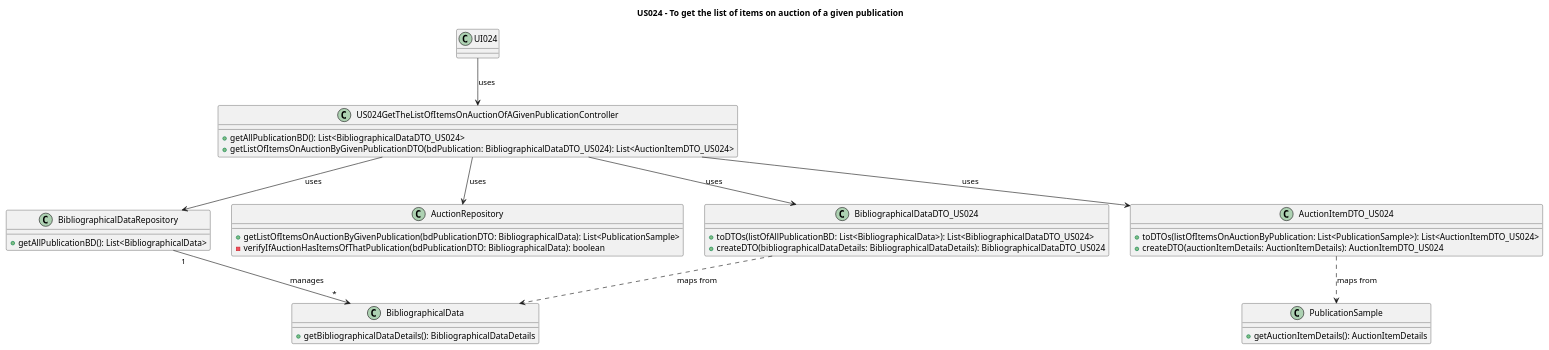
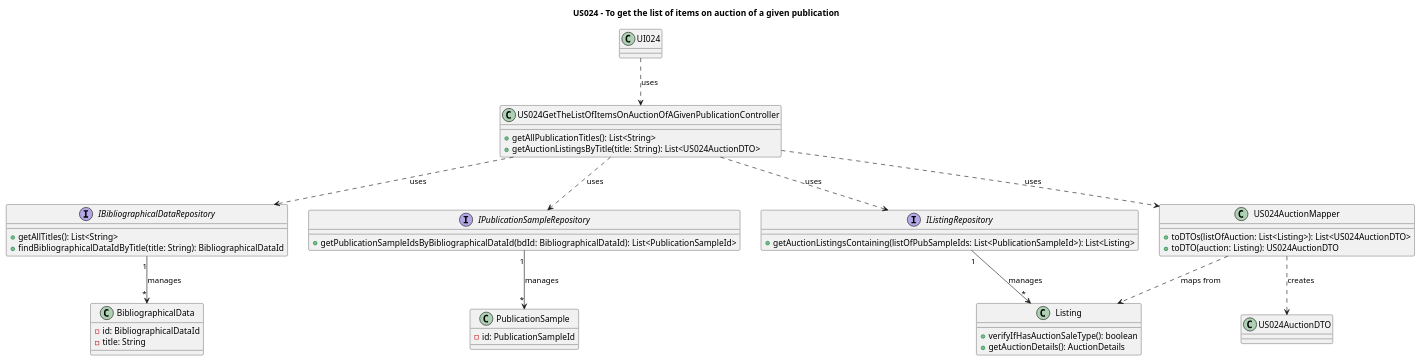
One commit to AndrePereiraGitH/SWitCH-Project-Team_A changed the diagram in Diagrams/ClassDiagrams/US024-to-get-the-list-of-items-on-auction-of-a-given-publication.puml. Above: the diagram before and after it, drawn with PlantUML. The commit also changed 6 other files, not shown here.

```diff
--- a/Diagrams/ClassDiagrams/US024-to-get-the-list-of-items-on-auction-of-a-given-publication.puml
+++ b/Diagrams/ClassDiagrams/US024-to-get-the-list-of-items-on-auction-of-a-given-publication.puml
@@ -1,60 +1,69 @@
 @startuml
 
 title US024 - To get the list of items on auction of a given publication
 
 ' UI Layer
 class UI024 {
 }
 
 ' Controller
 class US024GetTheListOfItemsOnAuctionOfAGivenPublicationController {
-  +getAllPublicationBD(): List<BibliographicalDataDTO_US024>
-  +getListOfItemsOnAuctionByGivenPublicationDTO(bdPublication: BibliographicalDataDTO_US024): List<AuctionItemDTO_US024>
+  +getAllPublicationTitles(): List<String>
+  +getAuctionListingsByTitle(title: String): List<US024AuctionDTO>
 }
 
 ' Repositories
-class BibliographicalDataRepository {
-  +getAllPublicationBD(): List<BibliographicalData>
+interface IBibliographicalDataRepository {
+  +getAllTitles(): List<String>
+  +findBibliographicalDataIdByTitle(title: String): BibliographicalDataId
 }
 
-class AuctionRepository {
-  +getListOfItemsOnAuctionByGivenPublication(bdPublicationDTO: BibliographicalData): List<PublicationSample>
-  -verifyIfAuctionHasItemsOfThatPublication(bdPublicationDTO: BibliographicalData): boolean
+interface IPublicationSampleRepository {
+  +getPublicationSampleIdsByBibliographicalDataId(bdId: BibliographicalDataId): List<PublicationSampleId>
+}
+
+interface IListingRepository {
+  +getAuctionListingsContaining(listOfPubSampleIds: List<PublicationSampleId>): List<Listing>
 }
 
 ' Domain
 class BibliographicalData {
-  +getBibliographicalDataDetails(): BibliographicalDataDetails
+  -id: BibliographicalDataId
+  -title: String
 }
 
 class PublicationSample {
-  +getAuctionItemDetails(): AuctionItemDetails
+  -id: PublicationSampleId
 }
 
-
-class BibliographicalDataDTO_US024 {
-  +toDTOs(listOfAllPublicationBD: List<BibliographicalData>): List<BibliographicalDataDTO_US024>
-  +createDTO(bibliographicalDataDetails: BibliographicalDataDetails): BibliographicalDataDTO_US024
+class Listing {
+  +verifyIfHasAuctionSaleType(): boolean
+  +getAuctionDetails(): AuctionDetails
 }
 
-class AuctionItemDTO_US024 {
-  +toDTOs(listOfItemsOnAuctionByPublication: List<PublicationSample>): List<AuctionItemDTO_US024>
-  +createDTO(auctionItemDetails: AuctionItemDetails): AuctionItemDTO_US024
+' Mapper
+class US024AuctionMapper {
+  +toDTOs(listOfAuction: List<Listing>): List<US024AuctionDTO>
+  +toDTO(auction: Listing): US024AuctionDTO
+}
+
+' DTO
+class US024AuctionDTO {
 }
 
 ' Relationships
-UI024 --> US024GetTheListOfItemsOnAuctionOfAGivenPublicationController : uses
+UI024 ..> US024GetTheListOfItemsOnAuctionOfAGivenPublicationController : uses
 
-US024GetTheListOfItemsOnAuctionOfAGivenPublicationController --> BibliographicalDataRepository : uses
-US024GetTheListOfItemsOnAuctionOfAGivenPublicationController --> AuctionRepository : uses
-US024GetTheListOfItemsOnAuctionOfAGivenPublicationController --> BibliographicalDataDTO_US024 : uses
-US024GetTheListOfItemsOnAuctionOfAGivenPublicationController --> AuctionItemDTO_US024 : uses
+US024GetTheListOfItemsOnAuctionOfAGivenPublicationController ..> IBibliographicalDataRepository : uses
+US024GetTheListOfItemsOnAuctionOfAGivenPublicationController ..> IPublicationSampleRepository : uses
+US024GetTheListOfItemsOnAuctionOfAGivenPublicationController ..> IListingRepository : uses
+US024GetTheListOfItemsOnAuctionOfAGivenPublicationController ..> US024AuctionMapper : uses
 
-BibliographicalDataRepository "1" --> "*" BibliographicalData : manages
+IBibliographicalDataRepository "1" --> "*" BibliographicalData : manages
+IPublicationSampleRepository "1" --> "*" PublicationSample : manages
+IListingRepository "1" --> "*" Listing : manages
 
-
-
-BibliographicalDataDTO_US024 ..> BibliographicalData : maps from
-AuctionItemDTO_US024 ..> PublicationSample : maps from
+US024AuctionMapper ..> Listing : maps from
+US024AuctionMapper ..> US024AuctionDTO : creates
 
 @enduml
```
